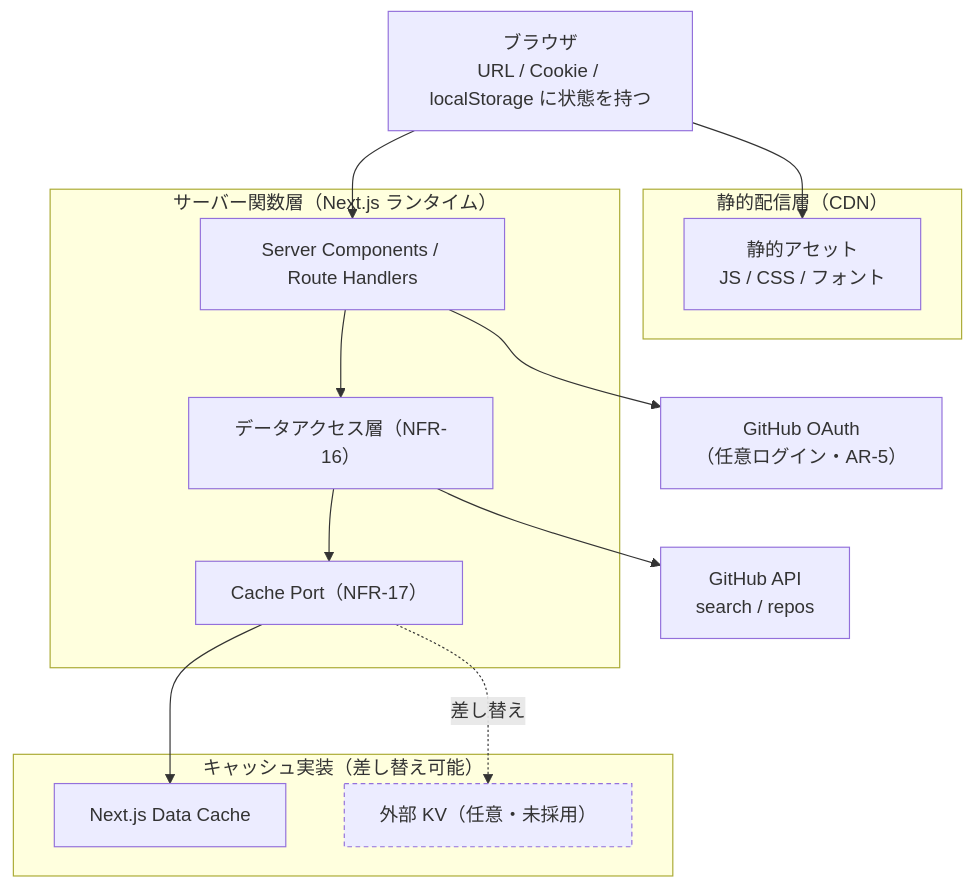
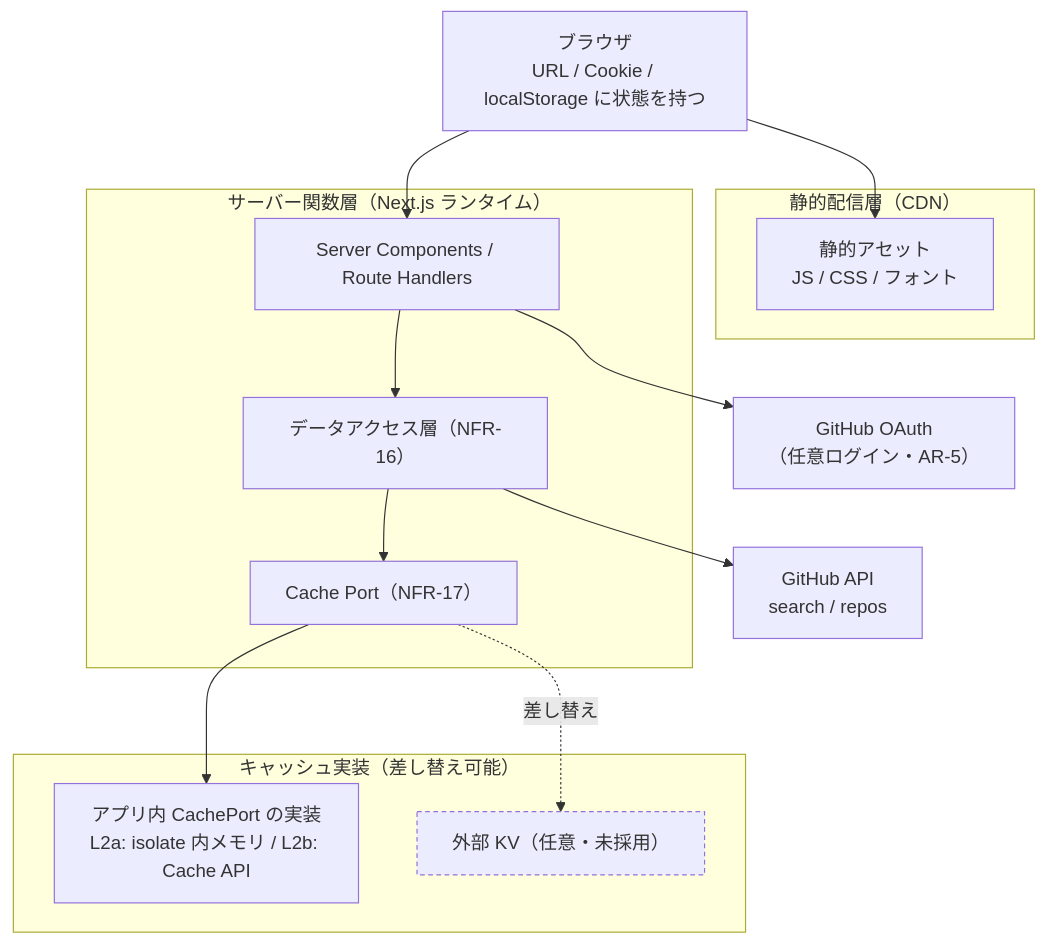
The diagram in docs/03_design/infrastructure/infrastructure-design.md (kai-kou/gem-hunter), drawn with Mermaid before and after one commit. The commit also changed 3 other files, not shown here.

First line of the commit message:
feat: Cloudflare Cache API を後段に足して isolate 間でキャッシュを共有する

````diff
--- a/docs/03_design/infrastructure/infrastructure-design.md
+++ b/docs/03_design/infrastructure/infrastructure-design.md
@@ -78,34 +78,34 @@
 ```mermaid
 flowchart TB
     B["ブラウザ<br/>URL / Cookie / localStorage に状態を持つ"]
 
     subgraph EDGE["静的配信層（CDN）"]
         S["静的アセット<br/>JS / CSS / フォント"]
     end
 
     subgraph FN["サーバー関数層（Next.js ランタイム）"]
         R["Server Components / Route Handlers"]
         P["Cache Port（NFR-17）"]
         A["データアクセス層（NFR-16）"]
     end
 
     subgraph CACHE["キャッシュ実装（差し替え可能）"]
-        L2["Next.js Data Cache"]
+        L2["アプリ内 CachePort の実装<br/>L2a: isolate 内メモリ / L2b: Cache API"]
         L3["外部 KV（任意・未採用）"]
     end
 
     G["GitHub API<br/>search / repos"]
     O["GitHub OAuth<br/>（任意ログイン・AR-5）"]
 
     B --> S
     B --> R
     R --> A
     A --> P
     P --> L2
     P -.差し替え.-> L3
     A --> G
     R --> O
 
     classDef optional stroke-dasharray: 4 3
     class L3 optional
 ```
````
